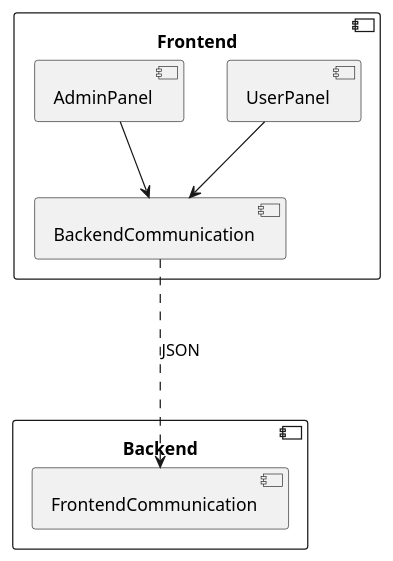
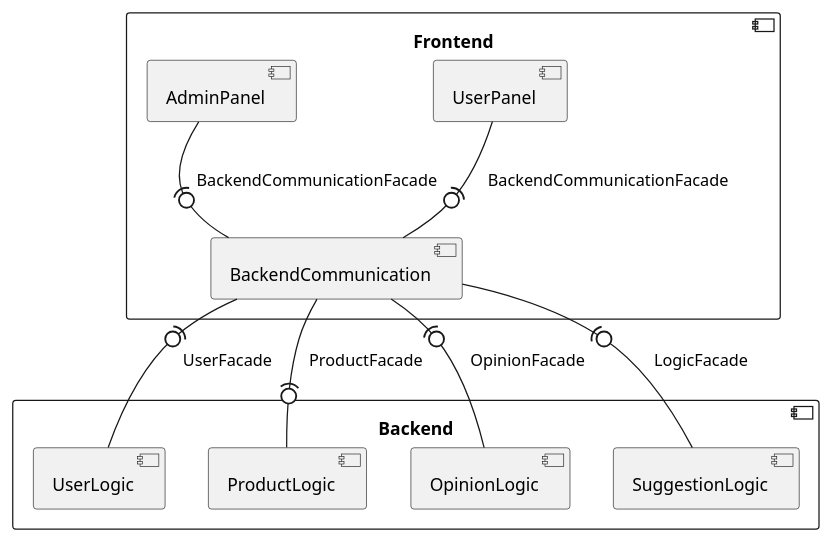
One commit to RadekBucki/OpinionCollectorArchitecture changed the diagram in frontend/Frontend.md. Above: the diagram before and after it, drawn with PlantUML. The commit also changed 7 other files, not shown here.

````diff
--- a/frontend/Frontend.md
+++ b/frontend/Frontend.md
@@ -3,25 +3,36 @@
 ```plantuml
 @startuml
     
 component Frontend {
     component UserPanel {
     }
     
     component AdminPanel {
     }
     
     component BackendCommunication {
     }
 }
 
 component Backend {
-    component FrontendCommunication {
+    component UserLogic {
     }
+    component ProductLogic {
+    }
+    component OpinionLogic {
+    }
+    component SuggestionLogic {
+    
 }
 
-BackendCommunication ...> FrontendCommunication: JSON
-UserPanel            -->  BackendCommunication
-AdminPanel           -->  BackendCommunication
+
+BackendCommunication  -(0- UserLogic       : UserFacade
+BackendCommunication  -(0- ProductLogic    : ProductFacade
+BackendCommunication  -(0- OpinionLogic    : OpinionFacade
+BackendCommunication  -(0- SuggestionLogic : LogicFacade
+
+UserPanel            -(0-  BackendCommunication : BackendCommunicationFacade
+AdminPanel           -(0-  BackendCommunication : BackendCommunicationFacade
 
 @enduml 
 ```
````
